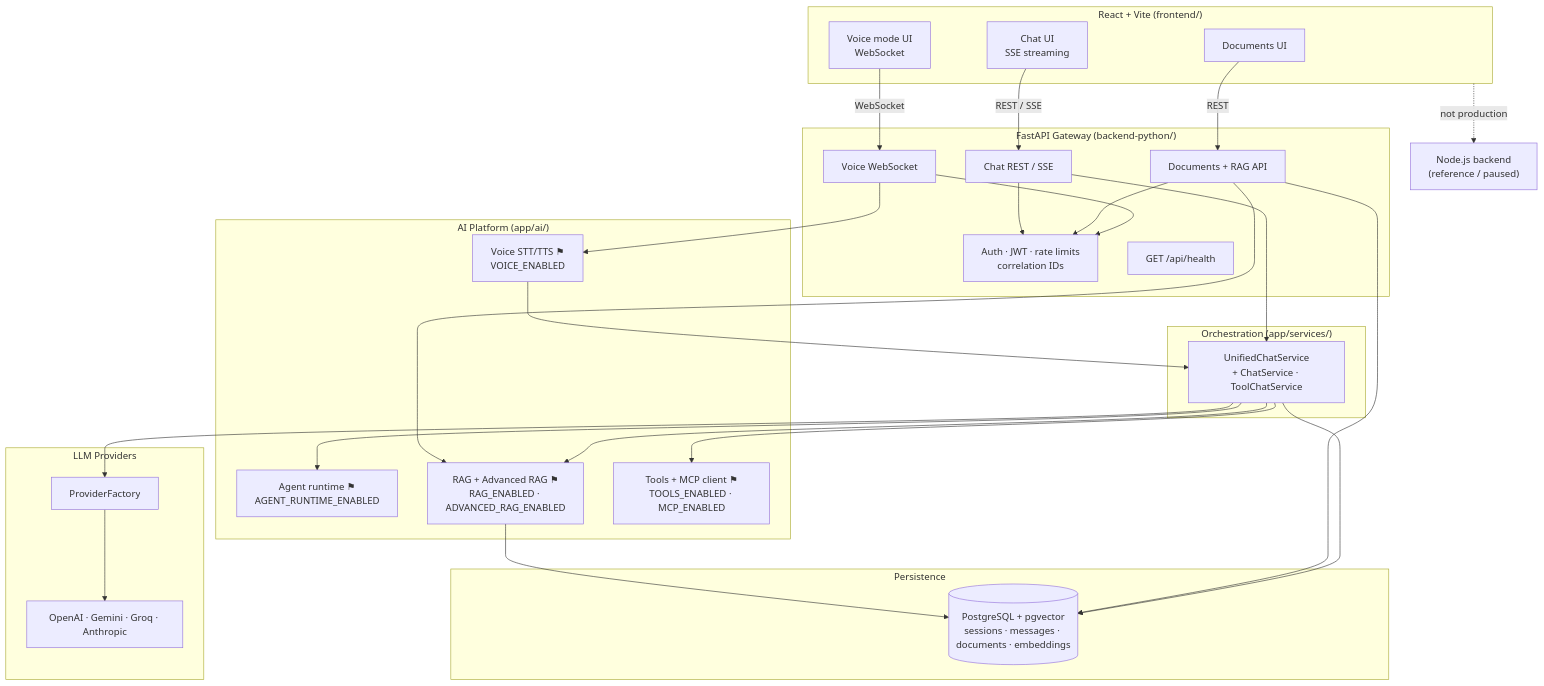
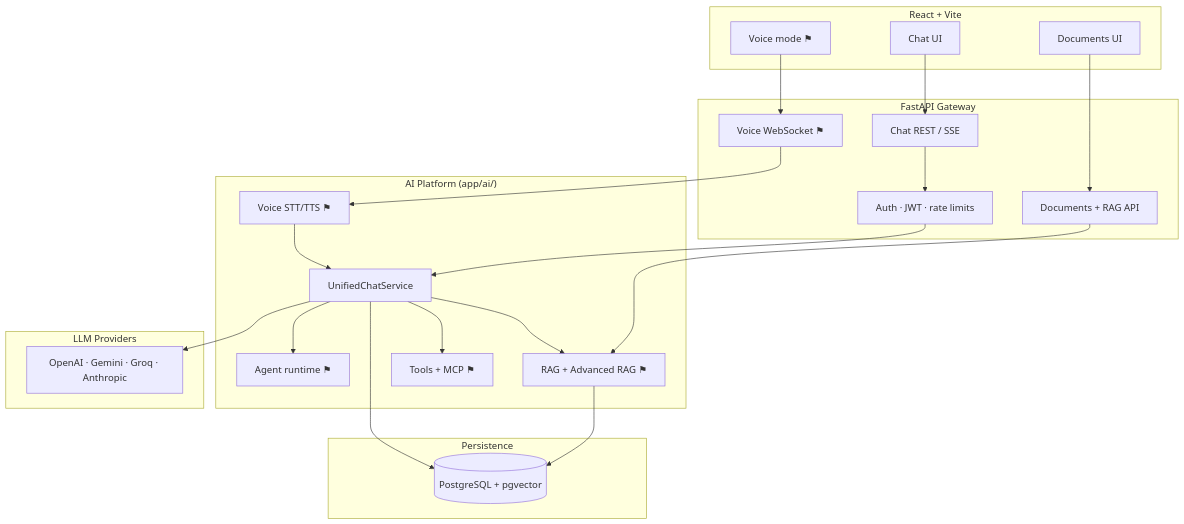
The diagram in README.md (pateatlau/fullstack-ai-platform), drawn with Mermaid before and after one commit. The commit also changed other lines of this file and 6 other files, not shown here.

````diff
--- a/README.md
+++ b/README.md
@@ -213,63 +38,44 @@
 ```mermaid
 flowchart TB
-  subgraph Client["React + Vite (frontend/)"]
-    Chat["Chat UI\nSSE streaming"]
+  subgraph Client["React + Vite"]
+    Chat["Chat UI"]
     DocsUI["Documents UI"]
-    VoiceUI["Voice mode UI\nWebSocket"]
+    VoiceUI["Voice mode ⚑"]
   end
 
-  subgraph API["FastAPI Gateway (backend-python/)"]
-    Auth["Auth · JWT · rate limits\ncorrelation IDs"]
+  subgraph API["FastAPI Gateway"]
+    Auth["Auth · JWT · rate limits"]
     ChatAPI["Chat REST / SSE"]
-    VoiceWS["Voice WebSocket"]
+    VoiceWS["Voice WebSocket ⚑"]
     DocAPI["Documents + RAG API"]
-    Health["GET /api/health"]
-  end
-
-  subgraph Services["Orchestration (app/services/)"]
-    UCS["UnifiedChatService\n+ ChatService · ToolChatService"]
   end
 
   subgraph Platform["AI Platform (app/ai/)"]
-    Agent["Agent runtime ⚑\nAGENT_RUNTIME_ENABLED"]
-    RAG["RAG + Advanced RAG ⚑\nRAG_ENABLED · ADVANCED_RAG_ENABLED"]
-    Tools["Tools + MCP client ⚑\nTOOLS_ENABLED · MCP_ENABLED"]
-    Voice["Voice STT/TTS ⚑\nVOICE_ENABLED"]
+    UCS["UnifiedChatService"]
+    Agent["Agent runtime ⚑"]
+    RAG["RAG + Advanced RAG ⚑"]
+    Tools["Tools + MCP ⚑"]
+    Voice["Voice STT/TTS ⚑"]
   end
 
   subgraph Providers["LLM Providers"]
-    Factory["ProviderFactory"]
     LLM["OpenAI · Gemini · Groq · Anthropic"]
   end
 
   subgraph Data["Persistence"]
-    PG[("PostgreSQL + pgvector\nsessions · messages · documents · embeddings")]
+    PG[("PostgreSQL + pgvector")]
   end
 
-  NodeRef["Node.js backend\n(reference / paused)"]
-
-  Chat -->|REST / SSE| ChatAPI
-  VoiceUI -->|WebSocket| VoiceWS
-  DocsUI -->|REST| DocAPI
-
-  ChatAPI --> Auth
-  DocAPI --> Auth
-  VoiceWS --> Auth
-
-  ChatAPI --> UCS
-  VoiceWS --> Voice
-  Voice --> UCS
+  Chat --> ChatAPI
+  VoiceUI --> VoiceWS
+  DocsUI --> DocAPI
+  ChatAPI --> Auth --> UCS
+  VoiceWS --> Voice --> UCS
   DocAPI --> RAG
-
   UCS --> Agent
   UCS --> RAG
   UCS --> Tools
-  UCS --> Factory
-  Factory --> LLM
-
+  UCS --> LLM
   RAG --> PG
-  DocAPI --> PG
   UCS --> PG
-
-  Client -.->|not production| NodeRef
 ```
````
